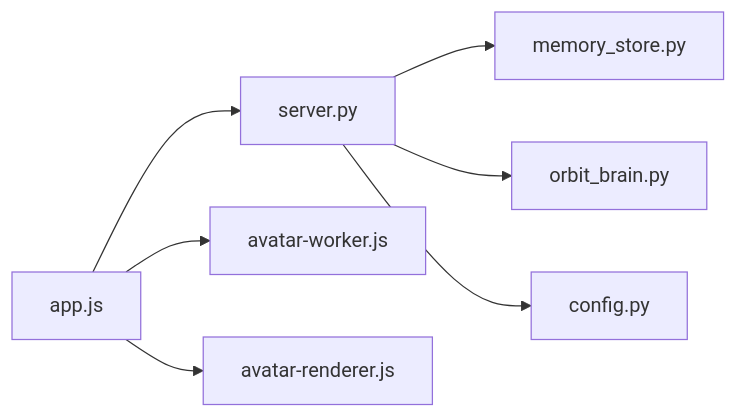
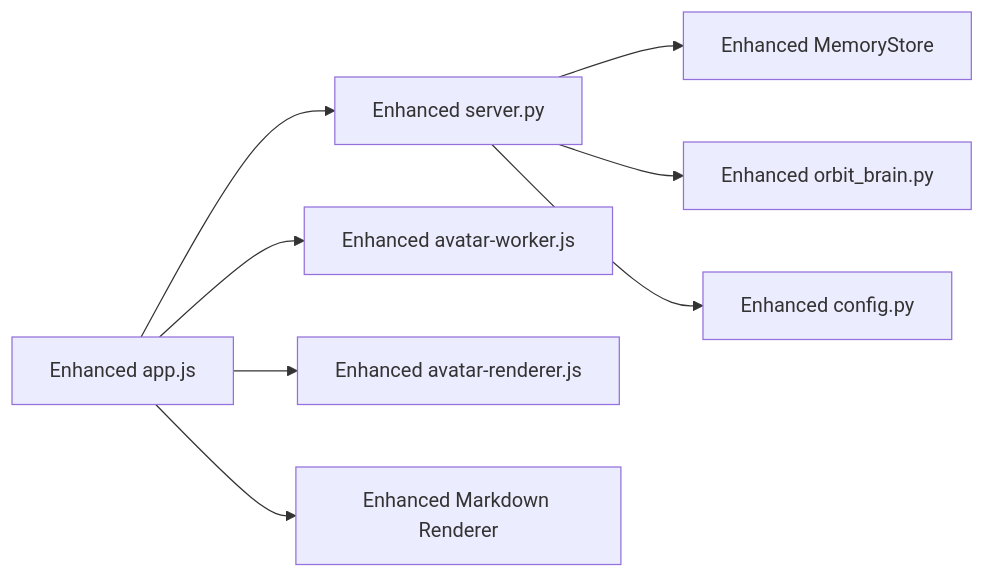
One commit to Sovetsky-Soyuz/AI-Assistant changed the third of 3 diagrams in .qoder/repowiki/en/content/Frontend Components/Application Logic/State Management.md. Above: the diagram before and after it, drawn with Mermaid. The commit also changed other lines of this file and 10 other files, not shown here.

````diff
--- a/.qoder/repowiki/en/content/Frontend Components/Application Logic/State Management.md
+++ b/.qoder/repowiki/en/content/Frontend Components/Application Logic/State Management.md
@@ -319,9 +360,10 @@
 ```mermaid
 graph LR
-APP["app.js"] --> SRV["server.py"]
-SRV --> MS["memory_store.py"]
-SRV --> OB["orbit_brain.py"]
-SRV --> CFG["config.py"]
-APP --> AVW["avatar-worker.js"]
-APP --> AVX["avatar-renderer.js"]
+APP["Enhanced app.js"] --> SRV["Enhanced server.py"]
+SRV --> MS["Enhanced MemoryStore"]
+SRV --> OB["Enhanced orbit_brain.py"]
+SRV --> CFG["Enhanced config.py"]
+APP --> AVW["Enhanced avatar-worker.js"]
+APP --> AVX["Enhanced avatar-renderer.js"]
+APP --> MRK["Enhanced Markdown Renderer"]
 ```
````
